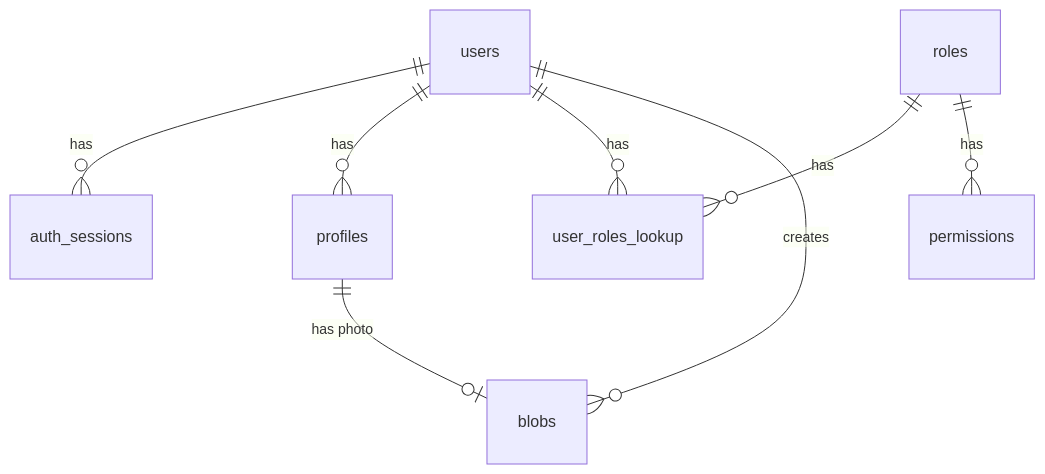
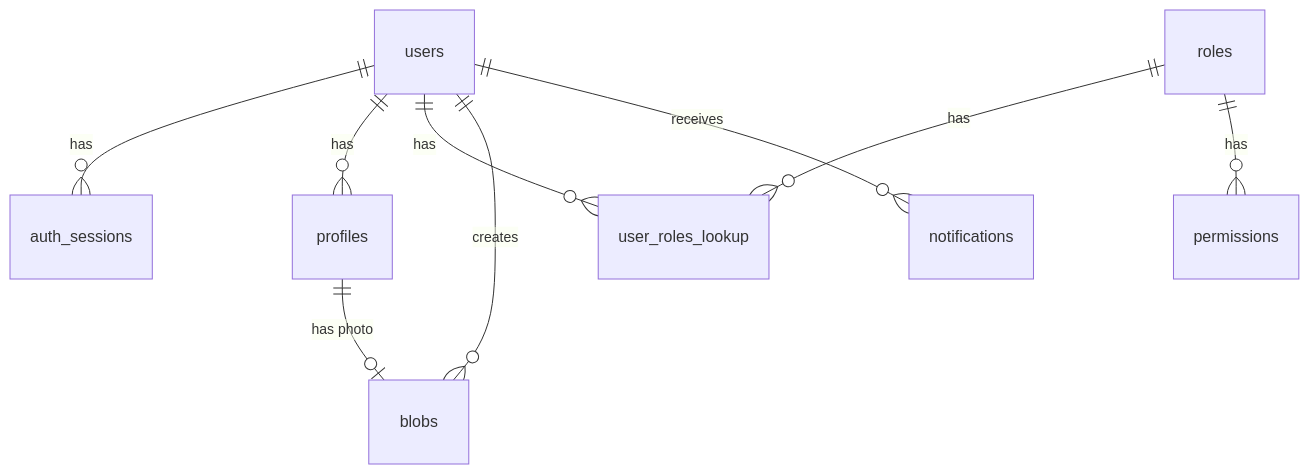
One commit to glueful/glueful changed the diagram in docs/SCHEMA.md. Above: the diagram before and after it, drawn with Mermaid. The commit also changed other lines of this file and 3 other files, not shown here.

Commit message:
feat: Add comprehensive notification system with email support, CRUD operations, and enhanced schema documentation

````diff
--- a/docs/SCHEMA.md
+++ b/docs/SCHEMA.md
@@ -128,10 +145,11 @@
 ```mermaid
 erDiagram
     users ||--o{ auth_sessions : "has"
     users ||--o{ profiles : "has"
     users ||--o{ user_roles_lookup : "has"
     roles ||--o{ user_roles_lookup : "has"
     roles ||--o{ permissions : "has"
     users ||--o{ blobs : "creates"
     profiles ||--o| blobs : "has photo"
+    users ||--o{ notifications : "receives"
 ```
````
